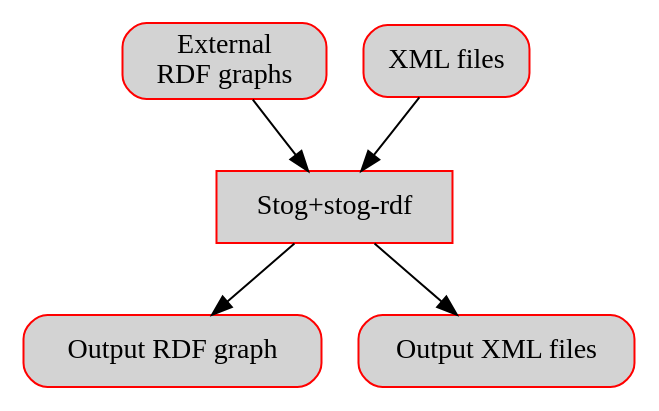
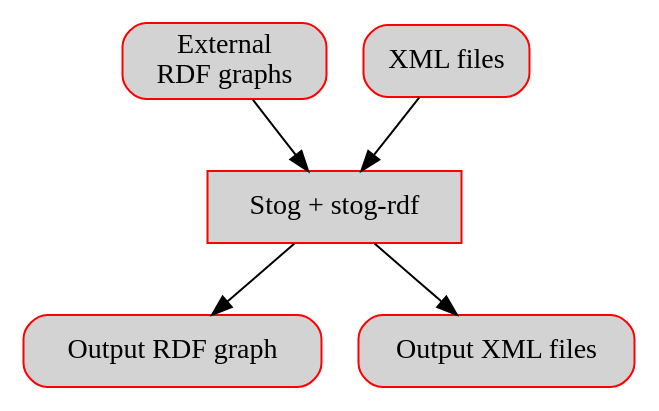
One commit to zoggy/stog changed the diagram in doc/plugins/rdf_fig.dot. Above: the diagram before and after it, drawn with Graphviz.

Commit message:
space in stog node label

```diff
--- a/doc/plugins/rdf_fig.dot
+++ b/doc/plugins/rdf_fig.dot
@@ -1,15 +1,15 @@
 digraph g {
   rankdir="TB";
   ordering="out";
   node [style="rounded,filled", shape="rect", color="red", fillcolor="lightgrey", fontcolor="black"];
   ext [ label="External\nRDF graphs" ];
   src [ label="XML files" ];
-  stog [ label="Stog+stog-rdf", style="filled" ];
+  stog [ label="Stog + stog-rdf", style="filled" ];
   out [ label="Output XML files"];
   outrdf [ label="Output RDF graph"];
 
   ext -> stog ;
   src -> stog ;
   stog -> outrdf ;
   stog -> out ;
 }
```
